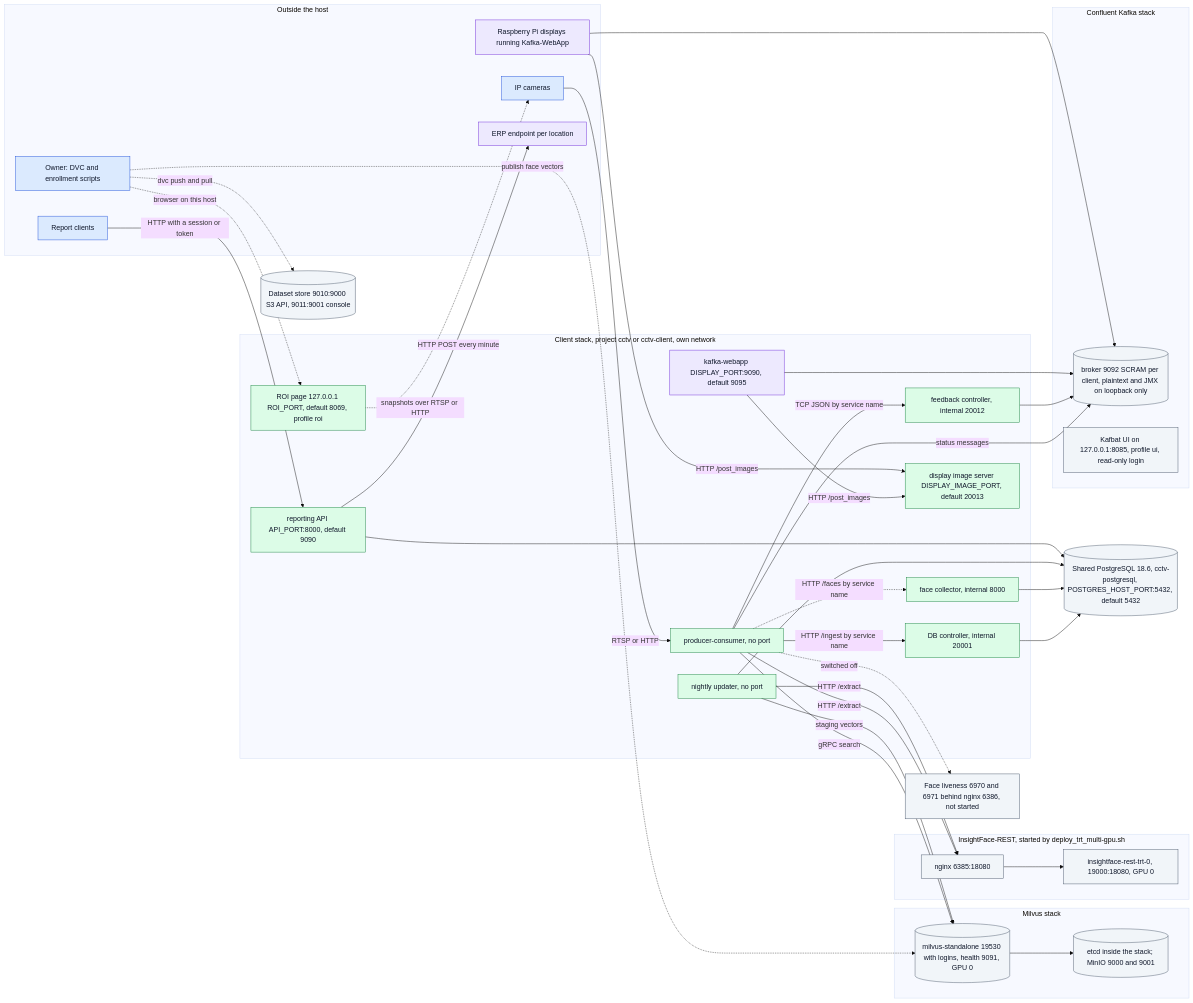
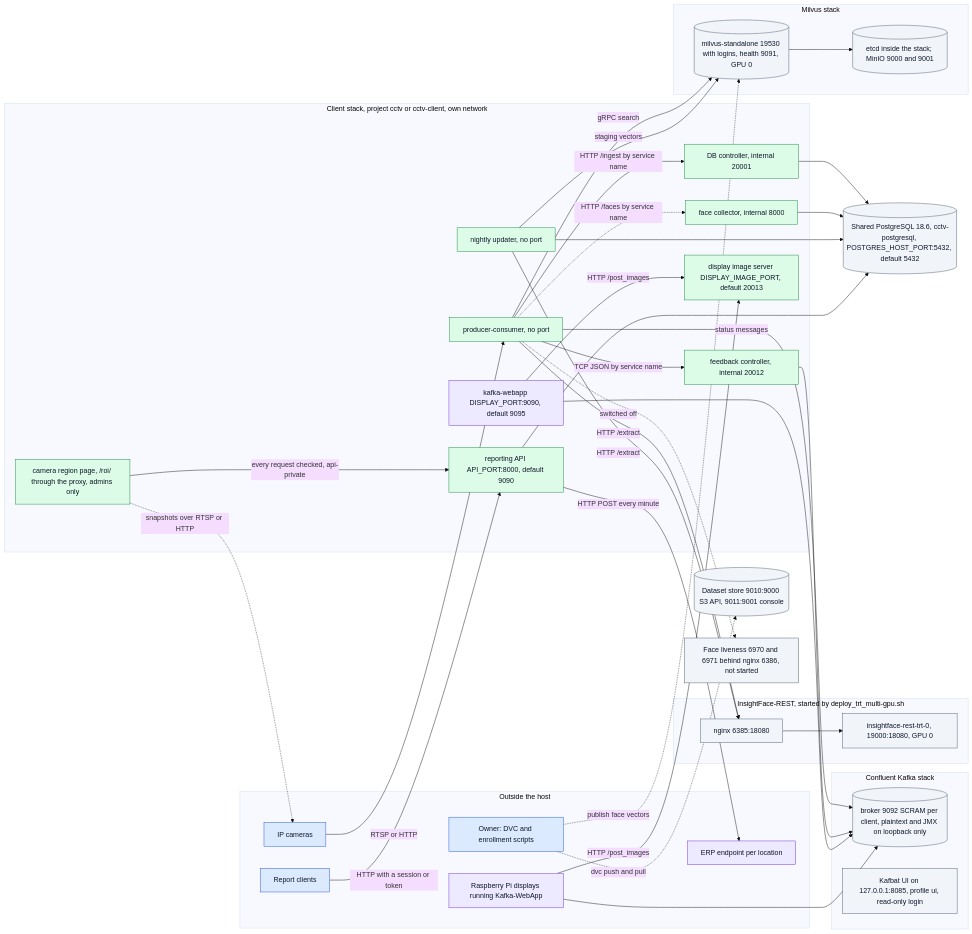
One commit to hamza-aziz-ai/CCTV-Face-Recognition-Attendance-System changed the first of 3 diagrams in docs/ARCHITECTURE.md. Above: the diagram before and after it, drawn with Mermaid (base theme). The commit also changed other lines of this file and 16 other files, not shown here.

First line of the commit message:
feat(roi): serve the camera region page inside the website for client admins, with pencil drawing and polygon editing (#127)

````diff
--- a/docs/ARCHITECTURE.md
+++ b/docs/ARCHITECTURE.md
@@ -56,70 +56,70 @@
 ```mermaid
 flowchart LR
     subgraph OUTSIDE["`Outside the host`"]
         CAM["`IP cameras`"]:::entry
         CL["`Report clients`"]:::entry
         OWN["`Owner: DVC and enrollment scripts`"]:::entry
         PI["`Raspberry Pi displays running Kafka-WebApp`"]:::outcome
         ERP["`ERP endpoint per location`"]:::outcome
     end
     subgraph MAIN["`Client stack, project cctv or cctv-client, own network`"]
         PC["`producer-consumer, no port`"]:::step
         DBC["`DB controller, internal 20001`"]:::step
         FBC["`feedback controller, internal 20012`"]:::step
         API["`reporting API API_PORT:8000, default 9090`"]:::step
         COL["`face collector, internal 8000`"]:::step
         UPD["`nightly updater, no port`"]:::step
         DISP["`display image server DISPLAY_IMAGE_PORT, default 20013`"]:::step
         KW["`kafka-webapp DISPLAY_PORT:9090, default 9095`"]:::outcome
-        ROI["`ROI page 127.0.0.1 ROI_PORT, default 8069, profile roi`"]:::step
+        ROI["`camera region page, /roi/ through the proxy, admins only`"]:::step
     end
     PG[("`Shared PostgreSQL 18.6, cctv-postgresql, POSTGRES_HOST_PORT:5432, default 5432`")]:::store
     subgraph IFS["`InsightFace-REST, started by deploy_trt_multi-gpu.sh`"]
         NGX["`nginx 6385:18080`"]:::store
         IFR["`insightface-rest-trt-0, 19000:18080, GPU 0`"]:::store
     end
     subgraph MILVUS["`Milvus stack`"]
         MV[("`milvus-standalone 19530 with logins, health 9091, GPU 0`")]:::store
         META[("`etcd inside the stack; MinIO 9000 and 9001`")]:::store
     end
     subgraph KAFKA["`Confluent Kafka stack`"]
         BRK[("`broker 9092 SCRAM per client, plaintext and JMX on loopback only`")]:::store
         EXTRA["`Kafbat UI on 127.0.0.1:8085, profile ui, read-only login`"]:::store
     end
     DS[("`Dataset store 9010:9000 S3 API, 9011:9001 console`")]:::store
     LIV["`Face liveness 6970 and 6971 behind nginx 6386, not started`"]:::store
 
     CAM -->|"`RTSP or HTTP`"| PC
     PC -->|"`HTTP /extract`"| NGX --> IFR
     PC -->|"`gRPC search`"| MV
     PC -->|"`HTTP /ingest by service name`"| DBC
     PC -->|"`TCP JSON by service name`"| FBC
     PC -->|"`status messages`"| BRK
     PC -.->|"`HTTP /faces by service name`"| COL
     PC -.->|"`switched off`"| LIV
     DBC --> PG
     COL --> PG
     UPD --> PG
     API --> PG
     UPD -->|"`HTTP /extract`"| NGX
     UPD -->|"`staging vectors`"| MV
     MV --> META
     FBC --> BRK
     KW --> BRK
     KW -->|"`HTTP /post_images`"| DISP
     PI --> BRK
     PI -->|"`HTTP /post_images`"| DISP
     CL -->|"`HTTP with a session or token`"| API
     API -->|"`HTTP POST every minute`"| ERP
     OWN -.->|"`dvc push and pull`"| DS
     OWN -.->|"`publish face vectors`"| MV
-    OWN -.->|"`browser on this host`"| ROI
+    ROI -->|"`every request checked, api-private`"| API
     ROI -.->|"`snapshots over RTSP or HTTP`"| CAM
 
     classDef entry fill:#dbeafe,stroke:#1d4ed8,color:#0f172a
     classDef step fill:#dcfce7,stroke:#15803d,color:#0f172a
     classDef decision fill:#fef3c7,stroke:#b45309,color:#0f172a
     classDef outcome fill:#ede9fe,stroke:#6d28d9,color:#0f172a
     classDef error fill:#fee2e2,stroke:#b91c1c,color:#0f172a
     classDef store fill:#f1f5f9,stroke:#475569,color:#0f172a
 ```
````
